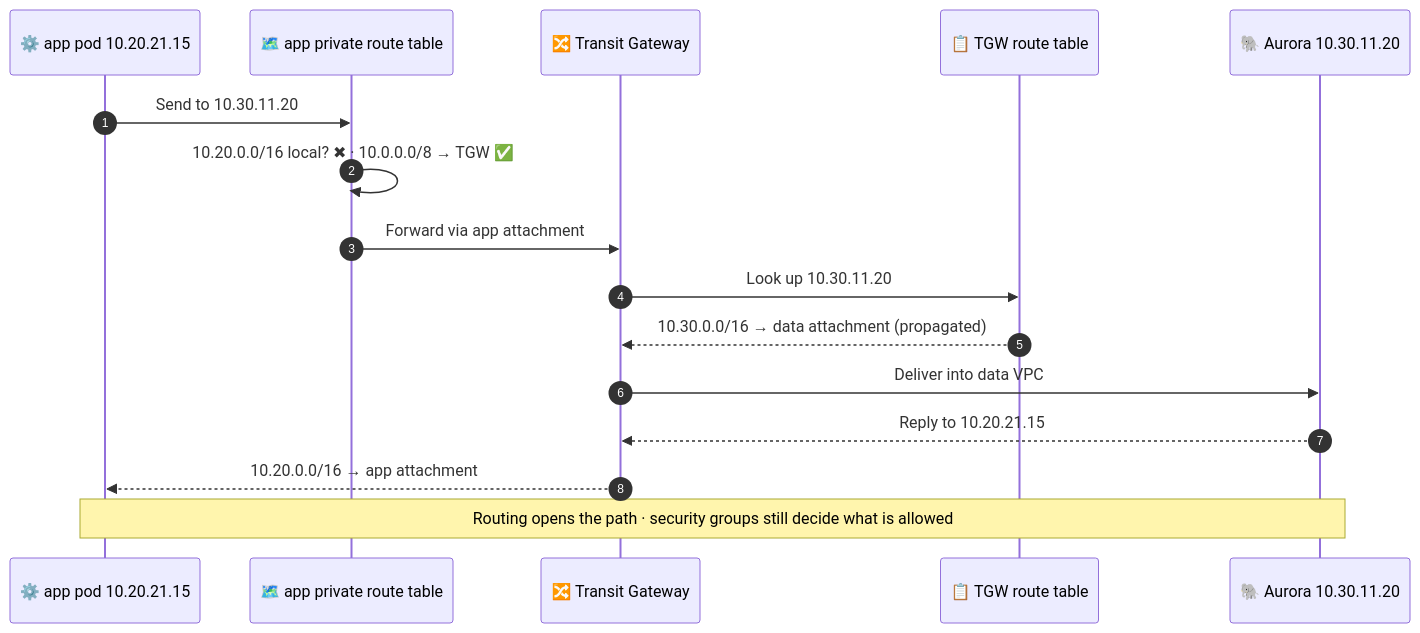
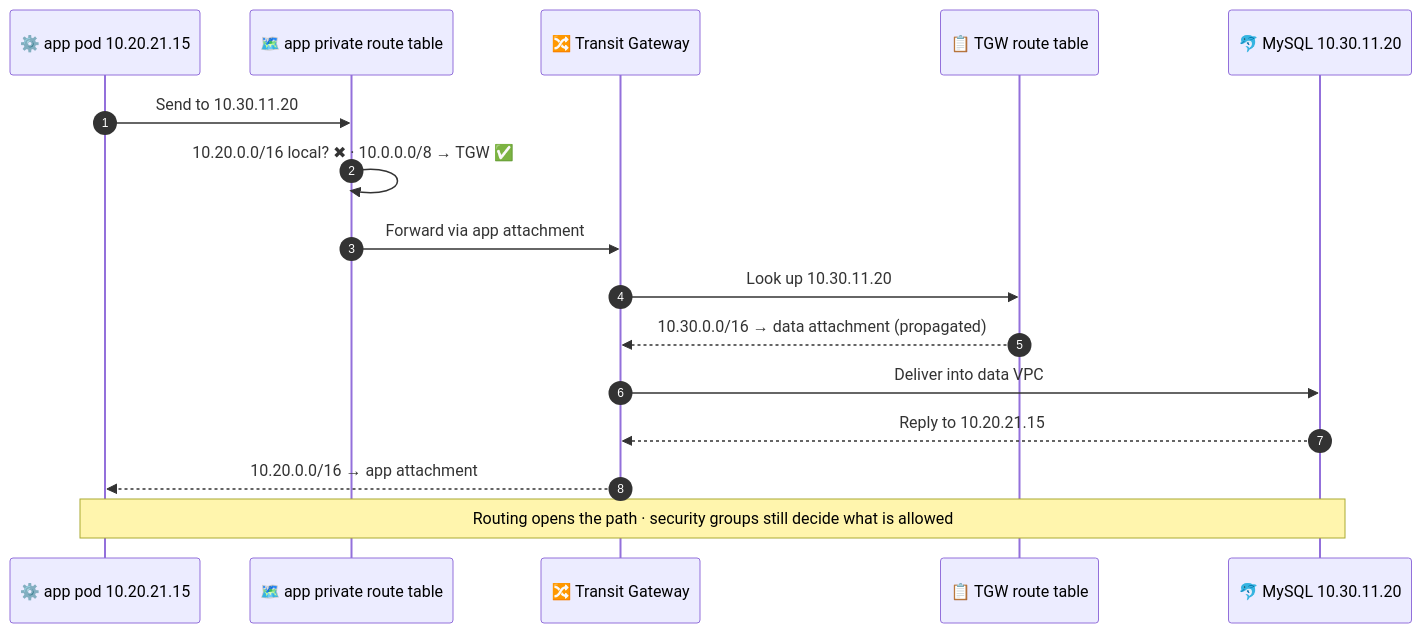
Before and after one commit to muntaha747/FinTech-Enterprise-Project: diagram 25 of 31 in README.md, drawn with Mermaid. The commit also changed other lines of this file and 4 other files, not shown here.

First line of the commit message:
README: project overview, infrastructure layers and regional architecture diagrams [skip ci]

````diff
--- a/README.md
+++ b/README.md
@@ -928,19 +1089,19 @@
 ```mermaid
 sequenceDiagram
     autonumber
     participant POD as ⚙️ app pod 10.20.21.15
     participant ART as 🗺️ app private route table
     participant TGW as 🔀 Transit Gateway
     participant TRT as 📋 TGW route table
-    participant DB as 🐘 Aurora 10.30.11.20
+    participant DB as 🐬 MySQL 10.30.11.20
 
     POD->>ART: Send to 10.30.11.20
     ART->>ART: 10.20.0.0/16 local? ✖ · 10.0.0.0/8 → TGW ✅
     ART->>TGW: Forward via app attachment
     TGW->>TRT: Look up 10.30.11.20
     TRT-->>TGW: 10.30.0.0/16 → data attachment (propagated)
     TGW->>DB: Deliver into data VPC
     DB-->>TGW: Reply to 10.20.21.15
     TGW-->>POD: 10.20.0.0/16 → app attachment
     Note over POD,DB: Routing opens the path · security groups still decide what is allowed
 ```
````
